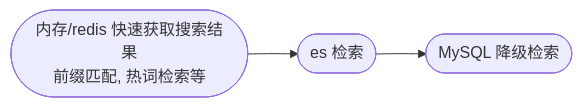
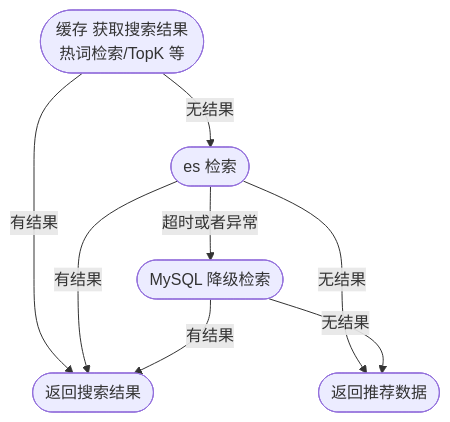
The first of 2 diagrams in _posts/2021-09-01-all-for-search.md (dengqinghua/dengqinghua.github.io), drawn with Mermaid before and after one commit. The commit also changed other lines of this file and 4 other files, not shown here.

```diff
--- a/_posts/2021-09-01-all-for-search.md
+++ b/_posts/2021-09-01-all-for-search.md
@@ -148,7 +105,15 @@
 <div class="mermaid" markdown="0">
-graph LR;
-    onMemeroy([内存/redis 快速获取搜索结果<br />前缀匹配, 热词检索等]);
+flowchart TD;
+    onMemeroy([缓存 获取搜索结果<br />热词检索/TopK 等]);
     es([es 检索]);
+    E([返回搜索结果]);
+    E1([返回推荐数据]);
     MySQL([MySQL 降级检索]);
-    onMemeroy-->es-->MySQL
+    onMemeroy-->|有结果| E
+    onMemeroy-->|无结果| es
+    es-->|超时或者异常| MySQL
+    es-->|有结果| E
+    es-->|无结果| E1
+    MySQL-->|有结果| E
+    MySQL-->|无结果| E1
 </div>
```
